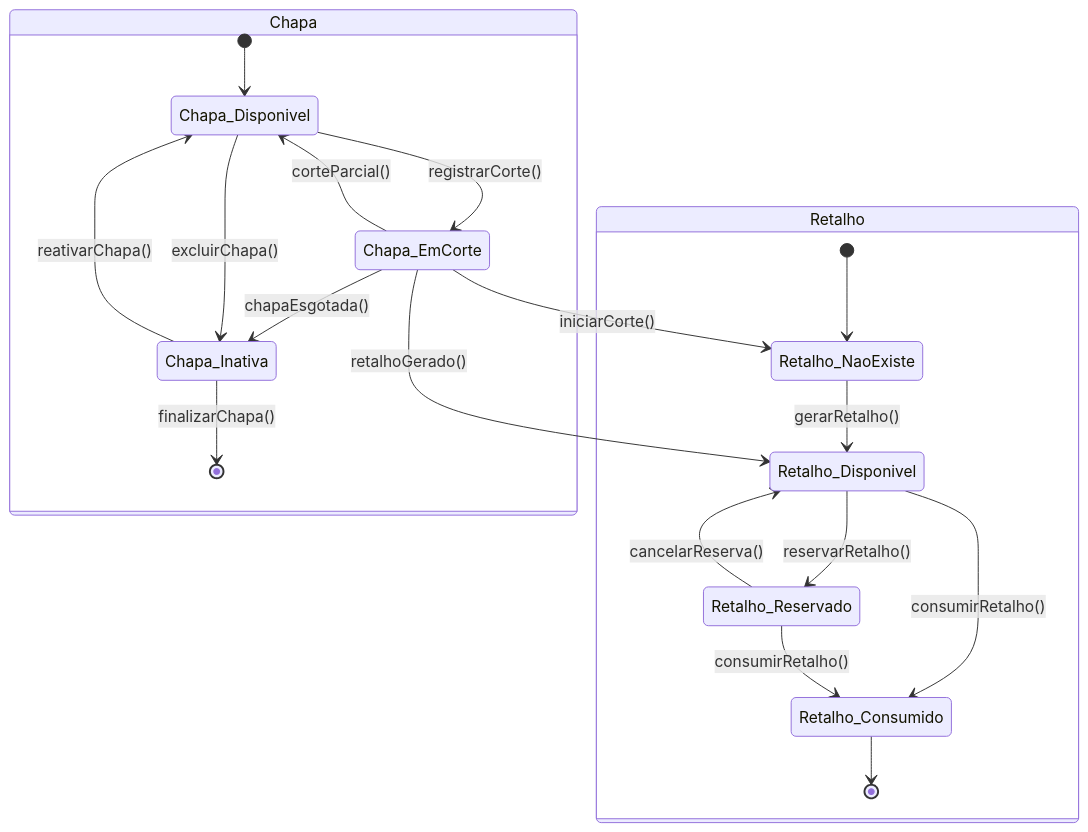
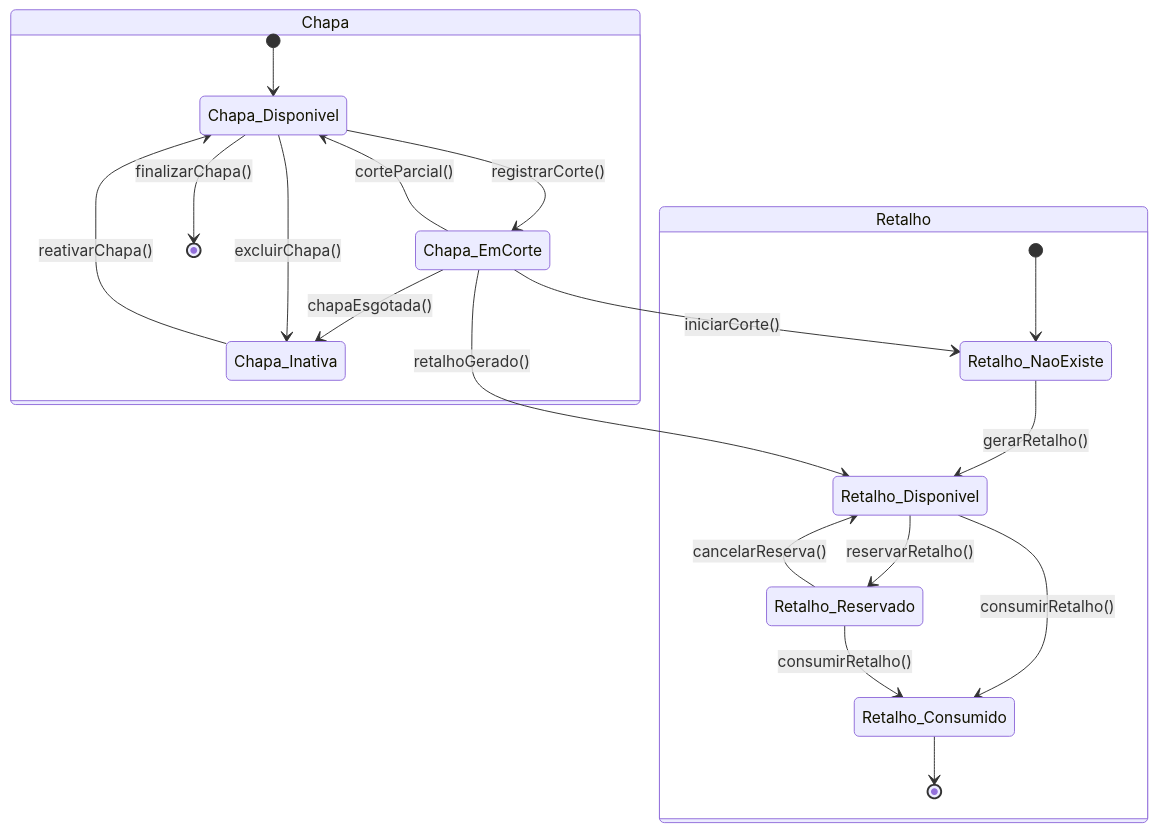
The third of 3 diagrams in DIAGRAMA_ESTADOS_MERMAID.md (WlFerrari/TetusManager), drawn with Mermaid before and after one commit. The commit also changed other lines of this file and 21 other files, not shown here.

````diff
--- a/DIAGRAMA_ESTADOS_MERMAID.md
+++ b/DIAGRAMA_ESTADOS_MERMAID.md
@@ -41,25 +41,25 @@
 ```mermaid
 stateDiagram-v2
     state Chapa {
         [*] --> Chapa_Disponivel
         Chapa_Disponivel --> Chapa_EmCorte: registrarCorte()
         Chapa_EmCorte --> Chapa_Disponivel: corteParcial()
         Chapa_EmCorte --> Chapa_Inativa: chapaEsgotada()
         Chapa_Disponivel --> Chapa_Inativa: excluirChapa()
         Chapa_Inativa --> Chapa_Disponivel: reativarChapa()
-        Chapa_Inativa --> [*]: finalizarChapa()
+        Chapa_Disponivel --> [*]: finalizarChapa()
     }
 
     state Retalho {
         [*] --> Retalho_NaoExiste
         Retalho_NaoExiste --> Retalho_Disponivel: gerarRetalho()
         Retalho_Disponivel --> Retalho_Reservado: reservarRetalho()
         Retalho_Reservado --> Retalho_Disponivel: cancelarReserva()
         Retalho_Disponivel --> Retalho_Consumido: consumirRetalho()
         Retalho_Reservado --> Retalho_Consumido: consumirRetalho()
         Retalho_Consumido --> [*]
     }
 
     Chapa_EmCorte --> Retalho_NaoExiste: iniciarCorte()
     Chapa_EmCorte --> Retalho_Disponivel: retalhoGerado()
 ```
````
